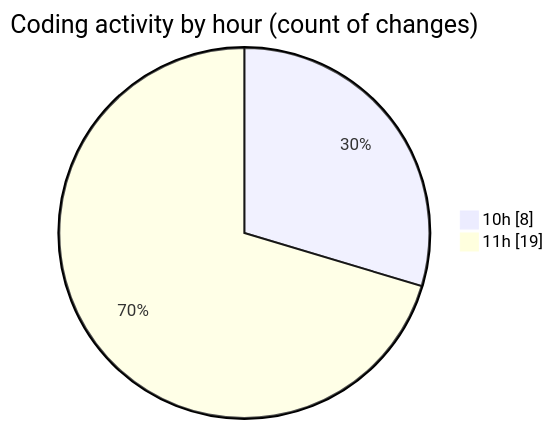
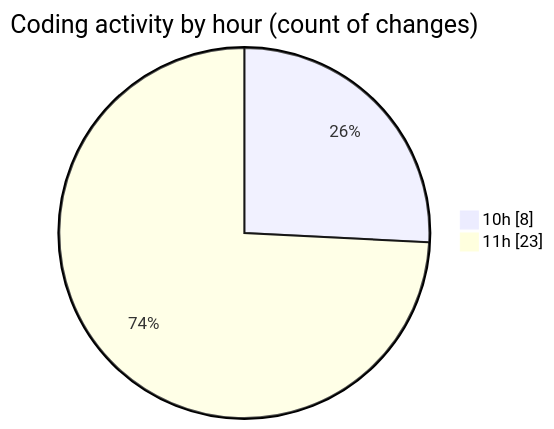
The second of 2 diagrams in 2025-05-16/python_app_deploy/README.md (CELIANVF/code-tracking), drawn with Mermaid before and after one commit. The commit also changed other lines of this file and 1 other file, not shown here.

````diff
--- a/2025-05-16/python_app_deploy/README.md
+++ b/2025-05-16/python_app_deploy/README.md
@@ -34,6 +36,6 @@
 ```mermaid
 pie showData
 title Coding activity by hour (count of changes)
 "10h" : 8
-"11h" : 19
+"11h" : 23
 ```
````
